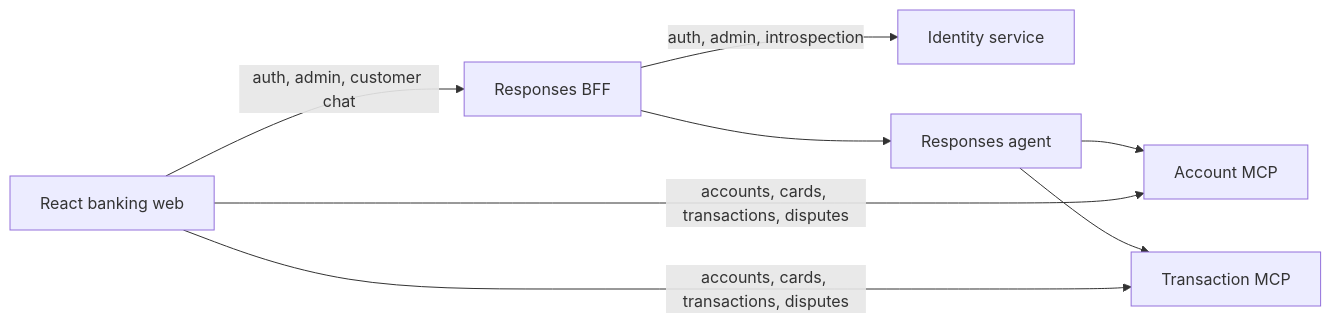
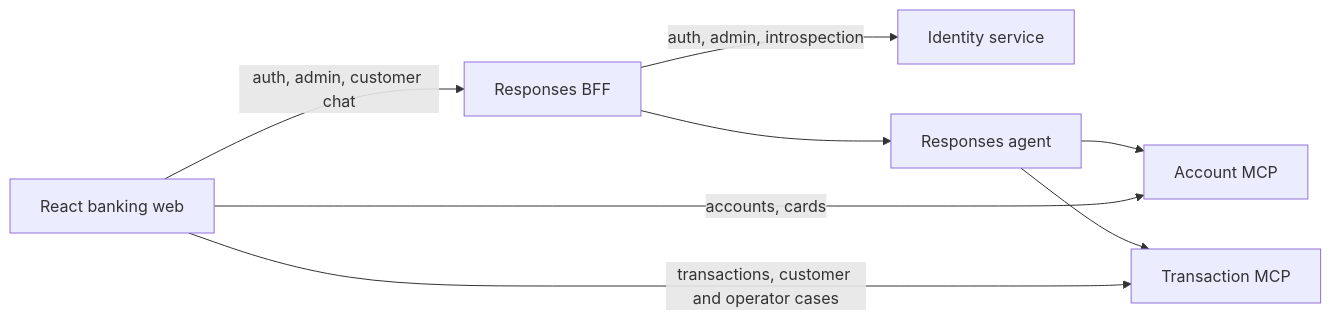
Before and after one commit to cristofima/factored-hackathon-2026-cristopher-coronado: the diagram in AGENTS.md, drawn with Mermaid. The commit also changed other lines of this file, not shown here.

````diff
--- a/AGENTS.md
+++ b/AGENTS.md
@@ -12,10 +12,10 @@
 ```mermaid
 flowchart LR
     Browser[React banking web] -->|auth, admin, customer chat| BFF[Responses BFF]
     BFF -->|auth, admin, introspection| Identity[Identity service]
     BFF --> Agent[Responses agent]
     Agent --> Account[Account MCP]
     Agent --> Transaction[Transaction MCP]
-    Browser -->|accounts, cards, transactions, disputes| Account
-    Browser -->|accounts, cards, transactions, disputes| Transaction
+    Browser -->|accounts, cards| Account
+    Browser -->|transactions, customer and operator cases| Transaction
 ```
````
